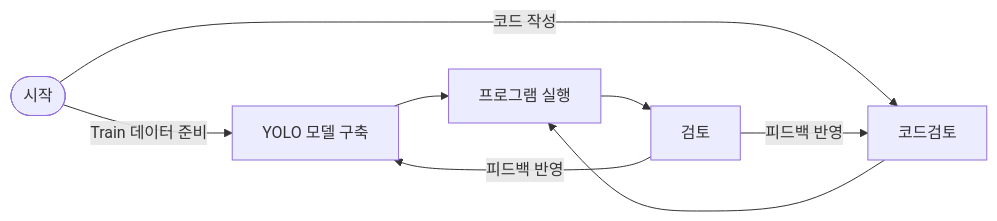
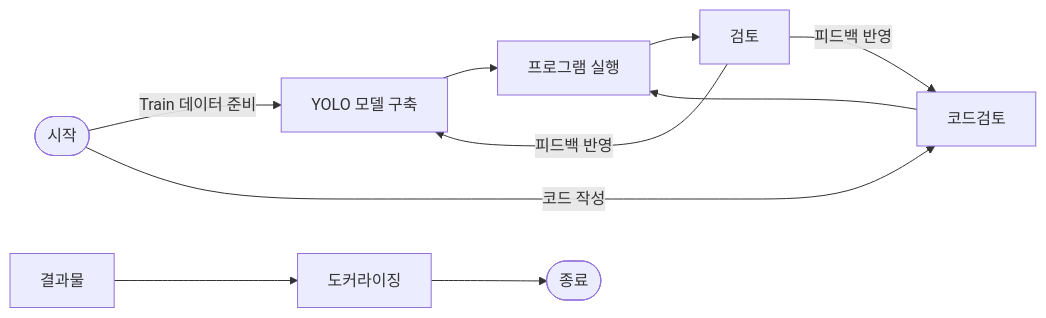
The first of 2 diagrams in README.md (gamdumdum/my-project), drawn with Mermaid before and after one commit.

````diff
--- a/README.md
+++ b/README.md
@@ -2,16 +2,19 @@
 ```mermaid
 flowchart LR
     시작([시작])
     시작 -->|Train 데이터 준비| Yolo[YOLO 모델 구축]
     시작 -->|코드 작성| 코드검토[코드검토]
 
     Yolo --> 실행[프로그램 실행]
     코드검토 --> 실행
 
     실행 --> 검토[검토]
 
     검토 -->|피드백 반영| Yolo
     검토 -->|피드백 반영| 코드검토
 
+    결과[결과물] --> 도커[도커라이징]
+    도커 --> 종료([종료])
+
 
 ```
````
